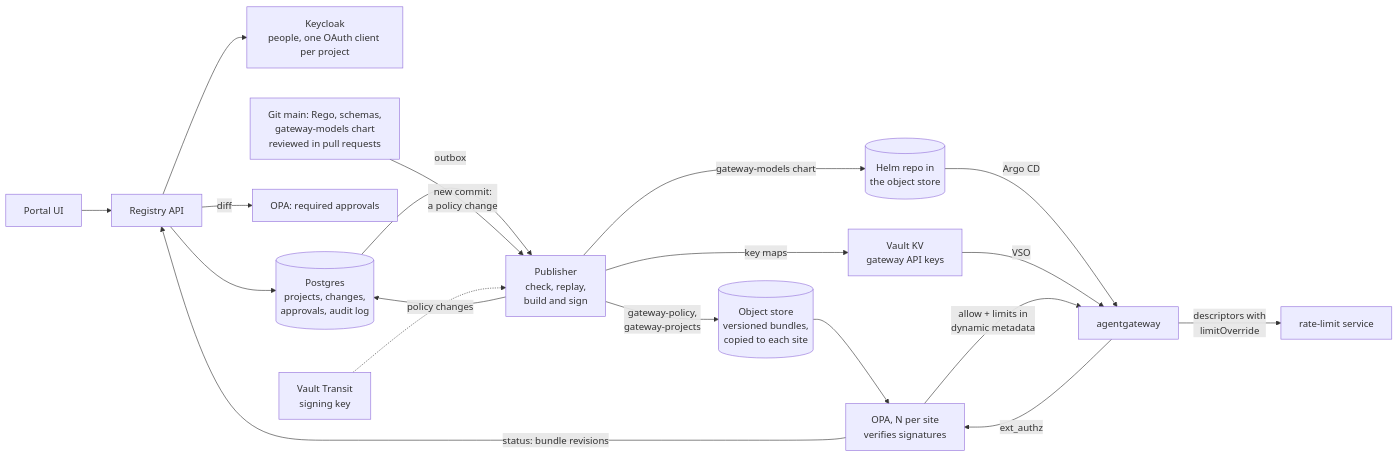
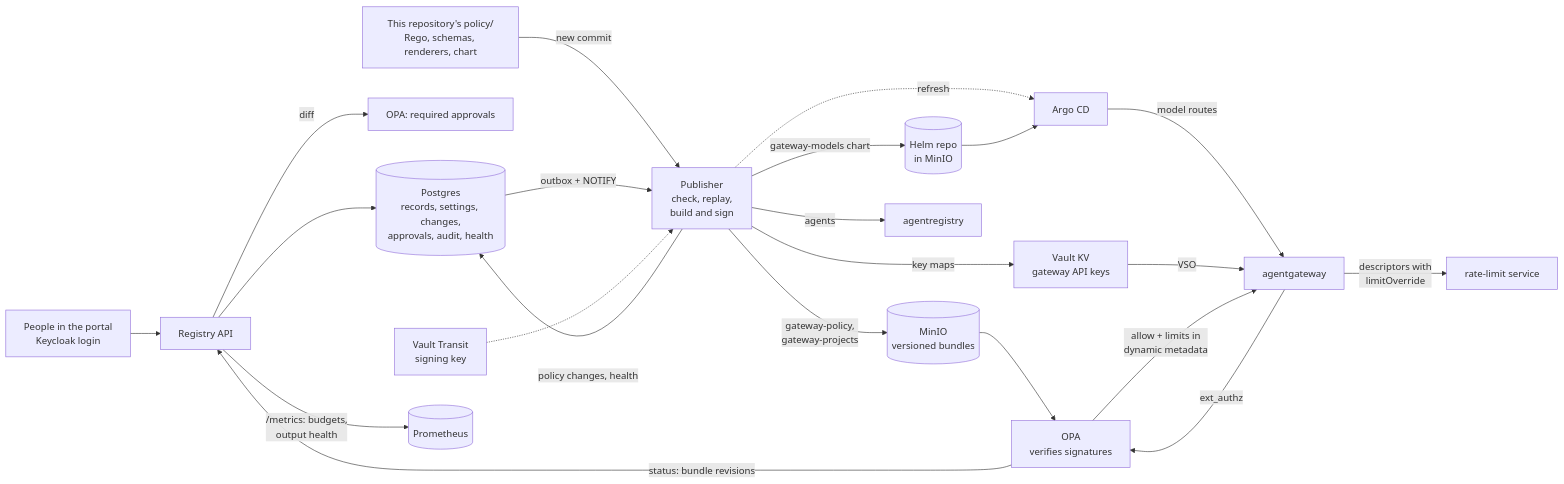
Before and after one commit to nolimitkun/project-registry: the diagram in docs/design.md, drawn with Mermaid. The commit also changed other lines of this file and 1 other file, not shown here.

Commit message:
Docs: the architecture chart as built, the phase-1 chart labelled, today's timings (#23)
- design.md: the architecture chart shows what is built (people in the portal, the
  records, settings and health in Postgres, NOTIFY, the Argo CD refresh, agentregistry,
  /metrics), not the planned OAuth clients or copies to other sites; a change is active
  in about 6 s; policy commits are checked every 15 s.
- policy/docs/design.md: the chart is labelled phase 1, superseded, with a link to the
  current one; "How long changes take" has the measured times after the speed-ups.

````diff
--- a/docs/design.md
+++ b/docs/design.md
@@ -45,22 +48,23 @@
 ```mermaid
 flowchart LR
-  kc[Keycloak<br/>people, one OAuth client per project]
-  ui[Portal UI] --> api[Registry API]
-  api --> pg[(Postgres<br/>projects, changes,<br/>approvals, audit log)]
+  people[People in the portal<br/>Keycloak login] --> api[Registry API]
+  api --> pg[(Postgres<br/>records, settings, changes,<br/>approvals, audit, health)]
   api -->|diff| opap[OPA: required approvals]
-  api --> kc
-  pg -->|outbox| pub[Publisher<br/>check, replay,<br/>build and sign]
-  git[Git main: Rego, schemas,<br/>gateway-models chart<br/>reviewed in pull requests] -->|new commit:<br/>a policy change| pub
-  pub -->|policy changes| pg
+  git[This repository's policy/<br/>Rego, schemas, renderers, chart] -->|new commit| pub
+  pg -->|outbox + NOTIFY| pub[Publisher<br/>check, replay,<br/>build and sign]
+  pub -->|policy changes, health| pg
   vt[Vault Transit<br/>signing key] -.-> pub
-  pub -->|gateway-policy,<br/>gateway-projects| s3[(Object store<br/>versioned bundles,<br/>copied to each site)]
-  pub -->|gateway-models chart| helm[(Helm repo in<br/>the object store)]
-  helm -->|Argo CD| gw
+  pub -->|gateway-policy,<br/>gateway-projects| s3[(MinIO<br/>versioned bundles)]
+  pub -->|gateway-models chart| helm[(Helm repo<br/>in MinIO)]
+  pub -.->|refresh| argo[Argo CD]
+  helm --> argo -->|model routes| gw
   pub -->|key maps| kv[Vault KV<br/>gateway API keys]
   kv -->|VSO| gw
-  s3 --> opa[OPA, N per site<br/>verifies signatures]
+  pub -->|agents| ar[agentregistry]
+  s3 --> opa[OPA<br/>verifies signatures]
   opa -->|status: bundle revisions| api
   gw[agentgateway] -->|ext_authz| opa
   opa -->|allow + limits in<br/>dynamic metadata| gw
   gw -->|descriptors with<br/>limitOverride| rl[rate-limit service]
+  api -->|/metrics: budgets,<br/>output health| prom[(Prometheus)]
 ```
````
